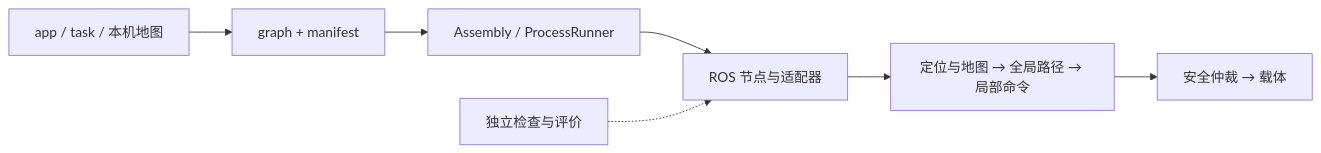
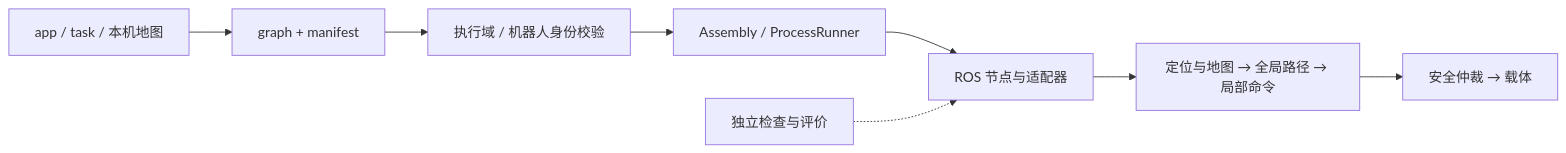
Before and after one commit to javencpdd/ros1-slam: the diagram in README.md, drawn with Mermaid. The commit also changed other lines of this file and 127 other files, not shown here.

````diff
--- a/README.md
+++ b/README.md
@@ -14,9 +14,10 @@
 ```mermaid
 flowchart LR
     A["app / task / 本机地图"] --> G["graph + manifest"]
-    G --> R["Assembly / ProcessRunner"]
+    G --> E["执行域 / 机器人身份校验"]
+    E --> R["Assembly / ProcessRunner"]
     R --> N["ROS 节点与适配器"]
     N --> P["定位与地图 → 全局路径 → 局部命令"]
     P --> S["安全仲裁 → 载体"]
     V["独立检查与评价"] -.-> N
 ```
````
